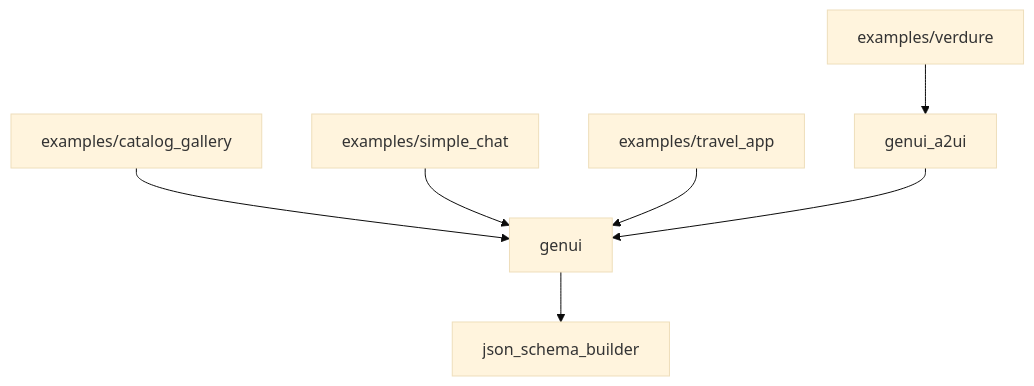
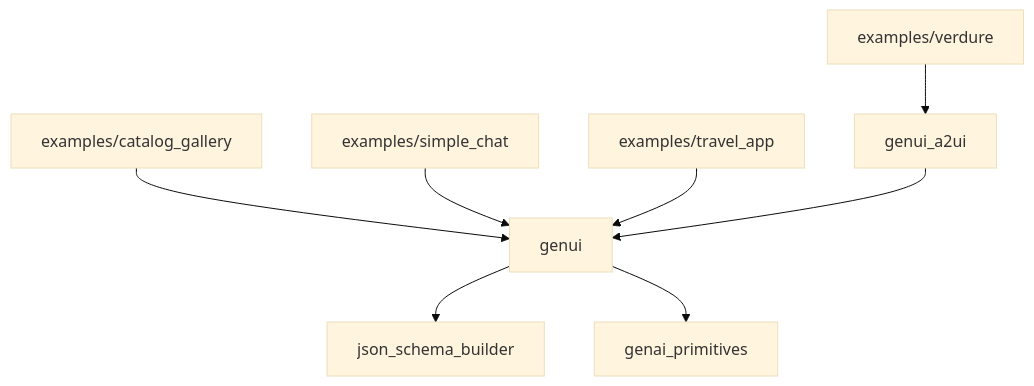
One commit to polina-c/genui changed the diagram in README.md. Above: the diagram before and after it, drawn with Mermaid (base theme).

Commit message:
Add genui to genai_primitives mapping in README

````diff
--- a/README.md
+++ b/README.md
@@ -106,9 +106,10 @@
 ```mermaid
 graph TD
   examples/catalog_gallery --> genui
   examples/simple_chat --> genui
   examples/travel_app --> genui
   examples/verdure --> genui_a2ui
   genui --> json_schema_builder
   genui_a2ui --> genui
+  genui --> genai_primitives
 ```
````
